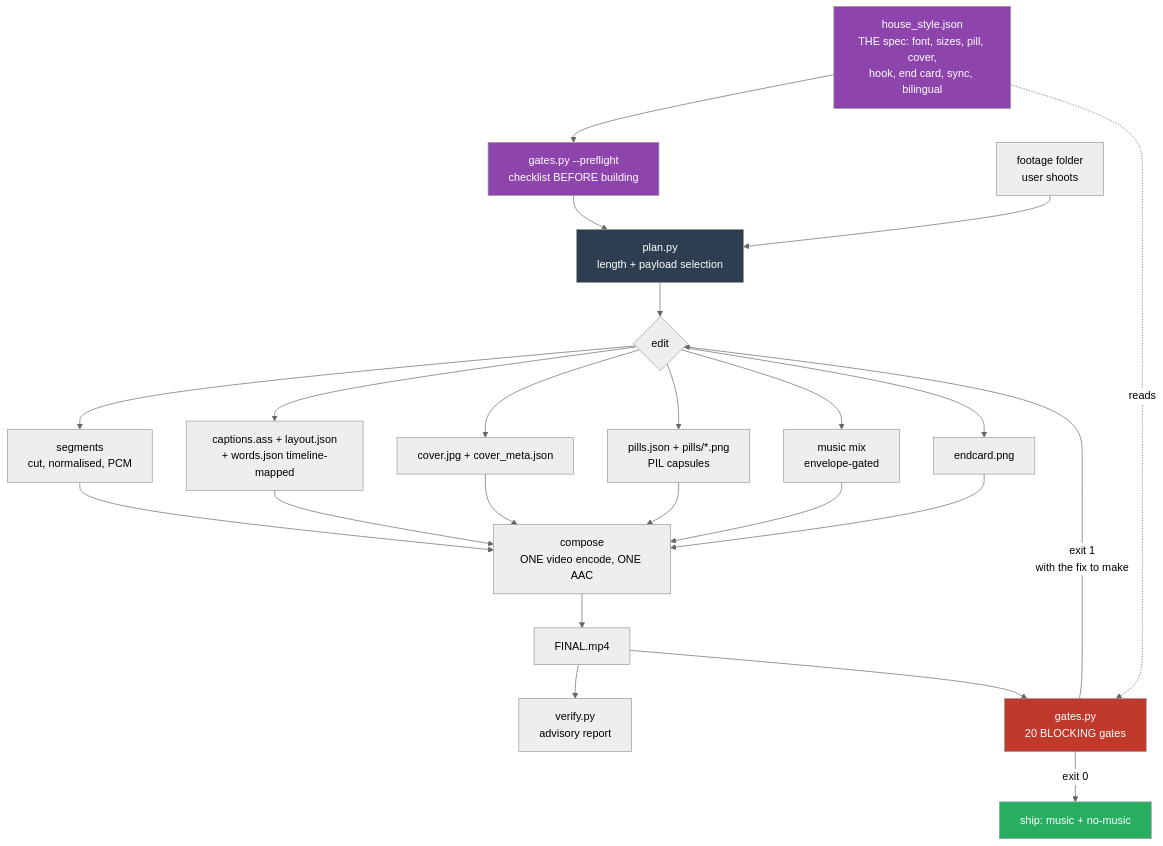
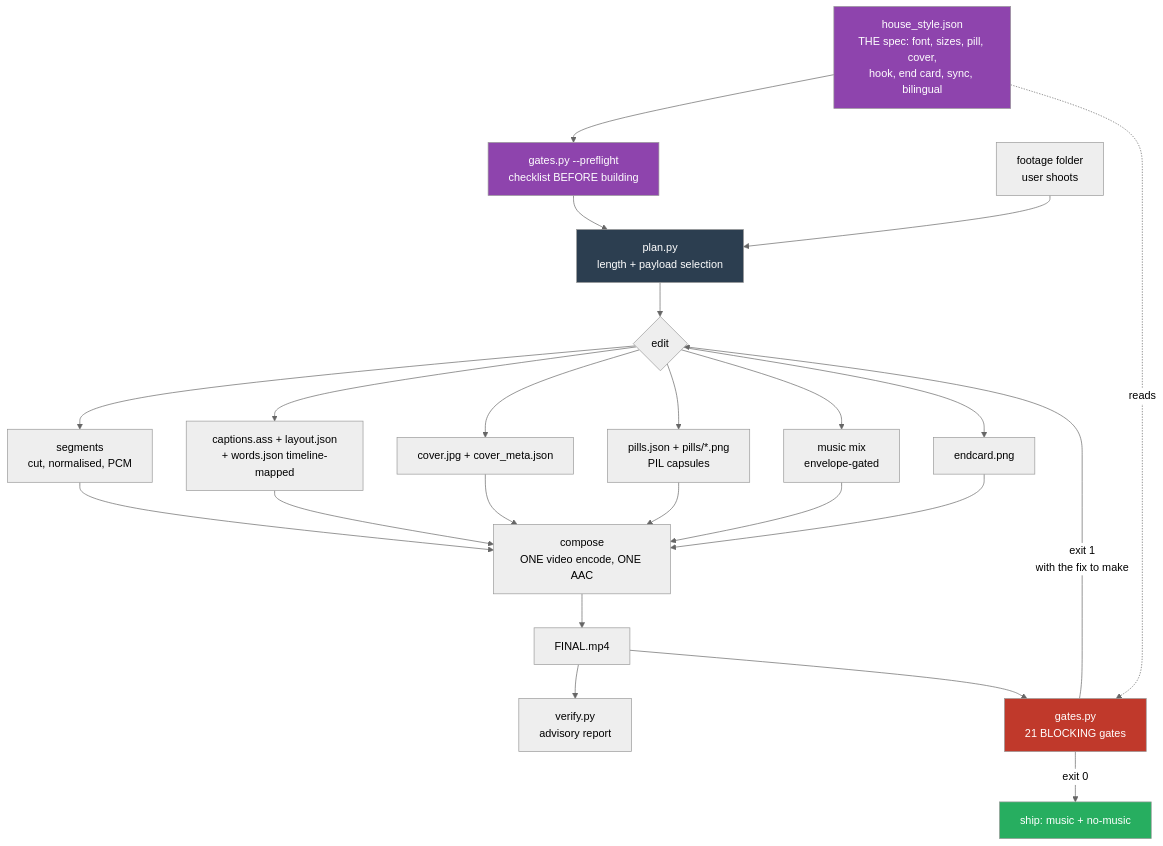
Before and after one commit to chyiiiiiiiiiiii/yiibu: the first of 4 diagrams in skills/yiibu/ARCHITECTURE.md, drawn with Mermaid (neutral theme). The commit also changed other lines of this file and 39 other files, not shown here.

````diff
--- a/skills/yiibu/ARCHITECTURE.md
+++ b/skills/yiibu/ARCHITECTURE.md
@@ -28,32 +28,32 @@
 ```mermaid
 flowchart TD
     HS[house_style.json<br/>THE spec: font, sizes, pill, cover,<br/>hook, end card, sync, bilingual]
     HS --> PF[gates.py --preflight<br/>checklist BEFORE building]
     PF --> B[plan.py<br/>length + payload selection]
     A[footage folder<br/>user shoots] --> B
     B --> C{edit}
     C --> D[segments<br/>cut, normalised, PCM]
     C --> E[captions.ass + layout.json<br/>+ words.json timeline-mapped]
     C --> F[cover.jpg + cover_meta.json]
     C --> P[pills.json + pills/*.png<br/>PIL capsules]
     C --> G[music mix<br/>envelope-gated]
     C --> N[endcard.png]
     D --> H[compose<br/>ONE video encode, ONE AAC]
     E --> H
     F --> H
     P --> H
     G --> H
     N --> H
     H --> I[FINAL.mp4]
     I --> J[verify.py<br/>advisory report]
-    I --> K[gates.py<br/>20 BLOCKING gates]
+    I --> K[gates.py<br/>21 BLOCKING gates]
     HS -.reads.-> K
     K -->|exit 1<br/>with the fix to make| C
     K -->|exit 0| L[ship: music + no-music]
 
     style K fill:#c0392b,color:#fff
     style HS fill:#8e44ad,color:#fff
     style PF fill:#8e44ad,color:#fff
     style B fill:#2c3e50,color:#fff
     style L fill:#27ae60,color:#fff
 ```
````
